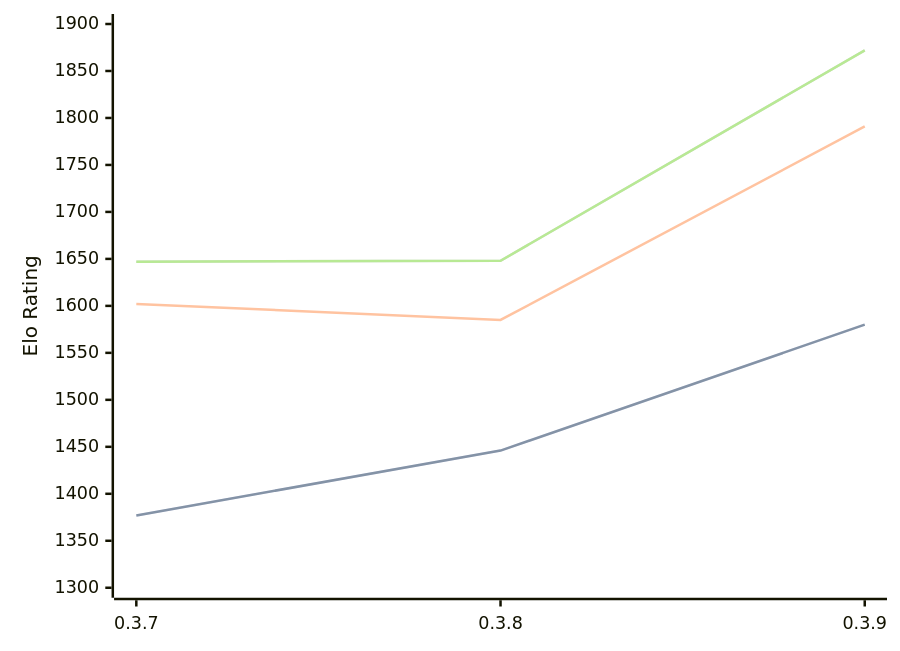
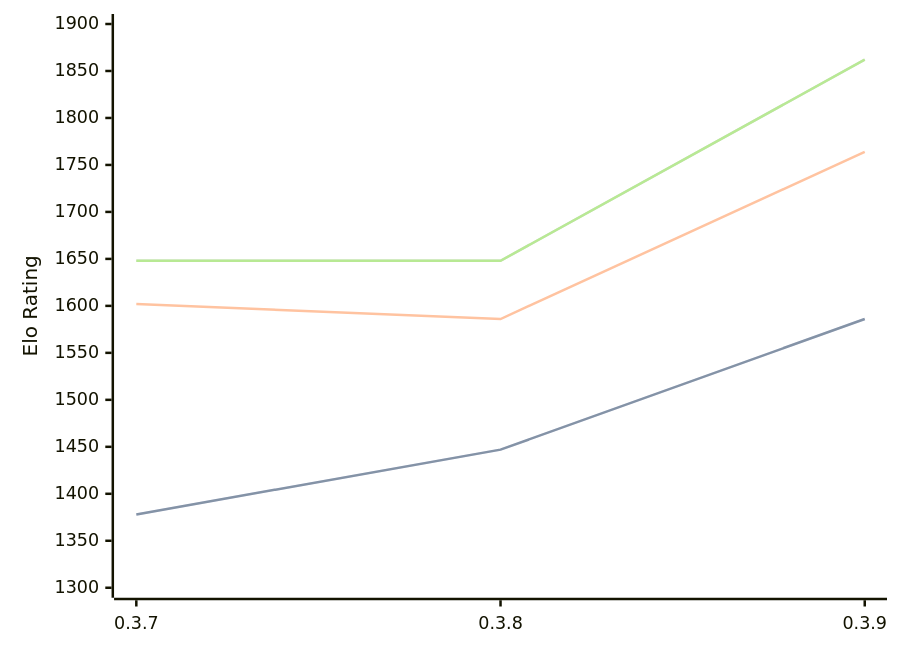
The diagram in engines/Arche.md (computer-chess-index/cci), drawn with Mermaid before and after one commit. The commit also changed other lines of this file, not shown here.

Commit message:
Update CCI Ratings (ELO VLTC) - 2026-08-09

````diff
--- a/engines/Arche.md
+++ b/engines/Arche.md
@@ -33,11 +33,11 @@
 ```mermaid
 %%{init: {"theme":"base","themeVariables":{"seriesColors:['#a3a3a3','#222221','#faa371']}}}%%
 xychart-beta
   x-axis ["0.3.7", "0.3.8", "0.3.9"]
   y-axis "Elo Rating" 1300 --> 1900
-  line "STC (8.0+0.08s)" [1377, 1446, 1580]
-  line "STC (8.0+0.08s)" [1377, 1446, 1580]
-  line "LTC (60.0+0.60s)" [1602, 1585, 1791]
-  line "VLTC (2m24s+1.12s)" [1647, 1648, 1872]
-  line "VLTC (2m24s+1.12s)" [1647, 1648, 1872]
+  line "STC (8.0+0.08s)" [1378, 1447, 1586]
+  line "STC (8.0+0.08s)" [1378, 1447, 1586]
+  line "LTC (60.0+0.60s)" [1602, 1586, 1764]
+  line "VLTC (2m24s+1.12s)" [1648, 1648, 1862]
+  line "VLTC (2m24s+1.12s)" [1648, 1648, 1862]
 ```
````
